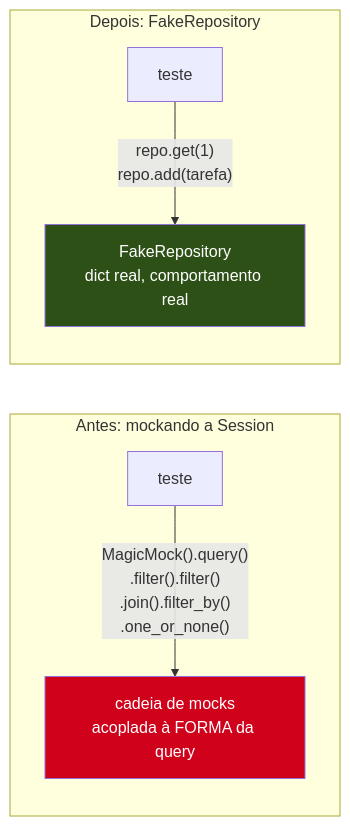
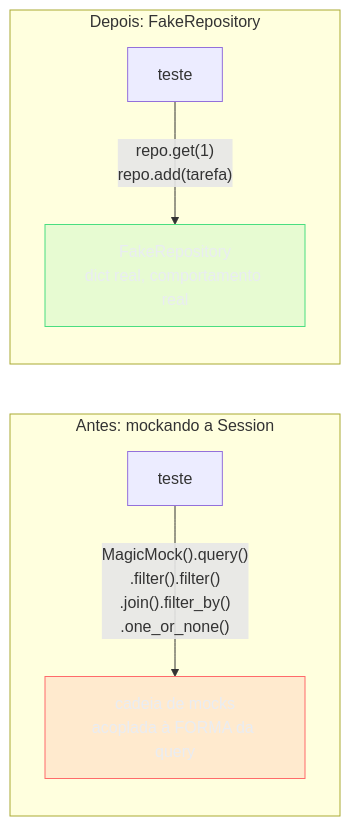
One commit to josenaldo/codex-technomanticus changed the second of 2 diagrams in 03-Dominios/Tecnologia/Python/Arquitetura e Design Patterns/03 - Repository pattern — abstraindo a persistência.md. Above: the diagram before and after it, drawn with Mermaid. The commit also changed other lines of this file and 1181 other files, not shown here.

First line of the commit message:
fix(diagramas): paleta do sistema no lugar de cor cravada no markdown

````diff
--- a/03-Dominios/Tecnologia/Python/Arquitetura e Design Patterns/03 - Repository pattern — abstraindo a persistência.md
+++ b/03-Dominios/Tecnologia/Python/Arquitetura e Design Patterns/03 - Repository pattern — abstraindo a persistência.md
@@ -334,13 +337,15 @@
 ```mermaid
 flowchart LR
+    classDef falha fill:#FF6B6B24,stroke:#FF6B6B,color:#E9ECF2
+    classDef ok fill:#4ADE8021,stroke:#4ADE80,color:#E9ECF2
     subgraph MockAntigo["Antes: mockando a Session"]
         T1["teste"] -->|"MagicMock().query()<br/>.filter().filter()<br/>.join().filter_by()<br/>.one_or_none()"| M["cadeia de mocks<br/>acoplada à FORMA da query"]
     end
 
     subgraph FakeNovo["Depois: FakeRepository"]
         T2["teste"] -->|"repo.get(1)<br/>repo.add(tarefa)"| F["FakeRepository<br/>dict real, comportamento real"]
     end
 
-    style M fill:#D0021B,color:#fff
-    style F fill:#2d5016,color:#fff
+    class M falha
+    class F ok
 ```
````
